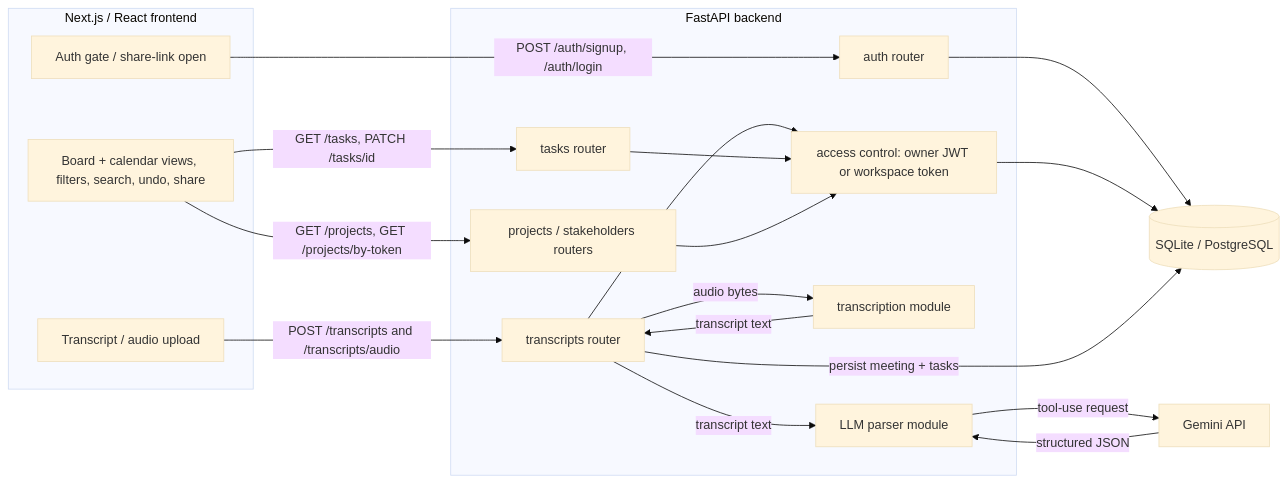
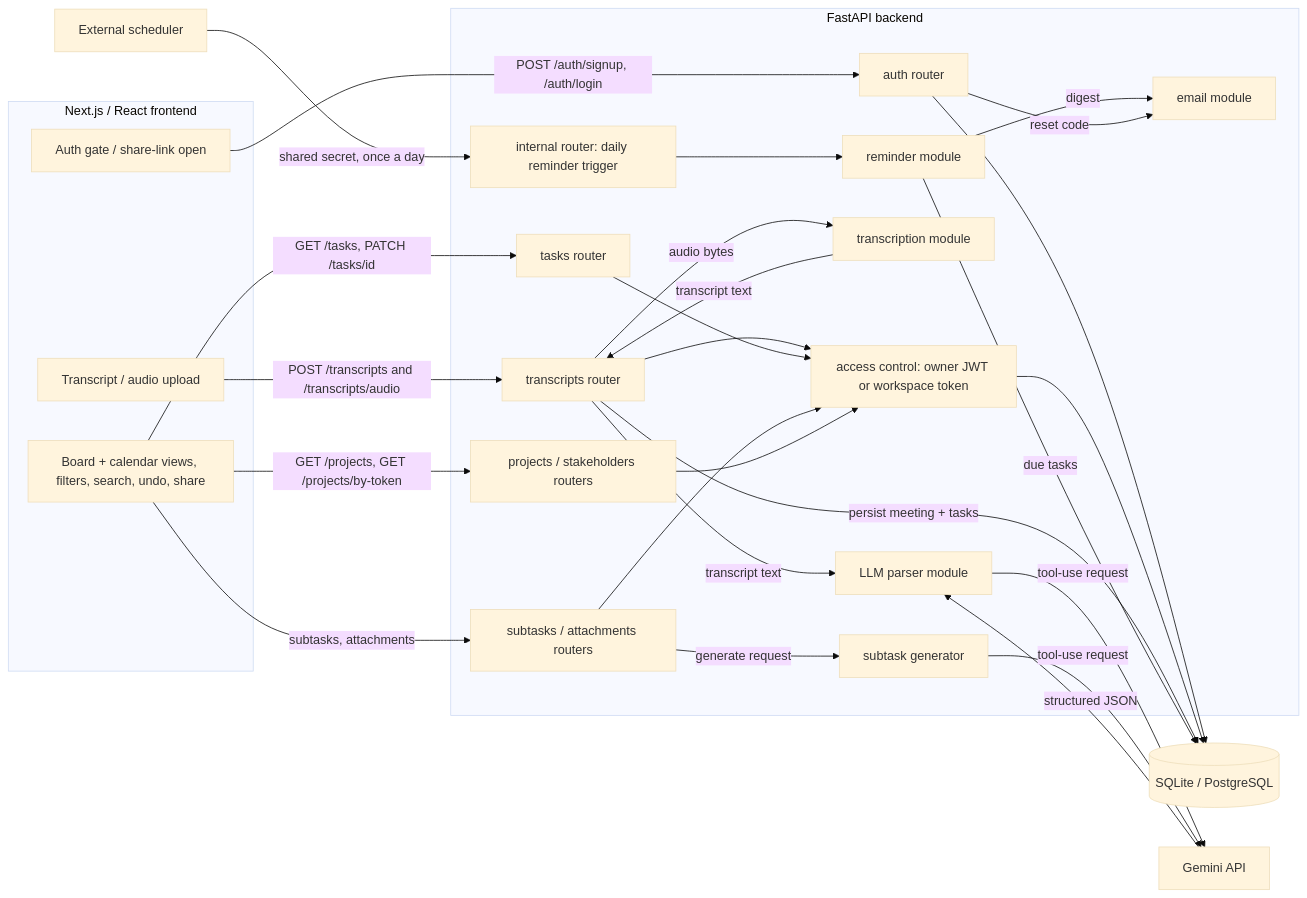
Before and after one commit to chinliong/meeting-orchestrator: the first of 2 diagrams in docs/architecture.md, drawn with Mermaid (base theme). The commit also changed other lines of this file, not shown here.

Commit message:
Document the subtask and attachment routers and correct three facts

````diff
--- a/docs/architecture.md
+++ b/docs/architecture.md
@@ -23,37 +23,52 @@
 ```mermaid
 flowchart LR
     subgraph Client[Next.js / React frontend]
         A[Auth gate / share-link open]
         U[Transcript / audio upload]
         K[Board + calendar views, filters, search, undo, share]
     end
 
     subgraph API[FastAPI backend]
         AU[auth router]
         T[transcripts router]
         TK[tasks router]
+        SB[subtasks / attachments routers]
         P[projects / stakeholders routers]
+        IN[internal router: daily reminder trigger]
         AC[access control: owner JWT or workspace token]
         W[transcription module]
         L[LLM parser module]
+        S[subtask generator]
+        N[reminder module]
+        M[email module]
     end
 
     DB[(SQLite / PostgreSQL)]
     C[Gemini API]
+    X[External scheduler]
 
     A -->|POST /auth/signup, /auth/login| AU
     U -->|POST /transcripts and /transcripts/audio| T
     K -->|GET /tasks, PATCH /tasks/id| TK
+    K -->|subtasks, attachments| SB
     K -->|GET /projects, GET /projects/by-token| P
     AU --> DB
     T --> AC
     TK --> AC
+    SB --> AC
     P --> AC
     AC --> DB
     T -->|audio bytes| W
     W -->|transcript text| T
     T -->|transcript text| L
     L -->|tool-use request| C
     C -->|structured JSON| L
+    SB -->|generate request| S
+    S -->|tool-use request| C
     T -->|persist meeting + tasks| DB
+    X -->|shared secret, once a day| IN
+    IN --> N
+    N -->|due tasks| DB
+    N -->|digest| M
+    AU -->|reset code| M
 ```
````
